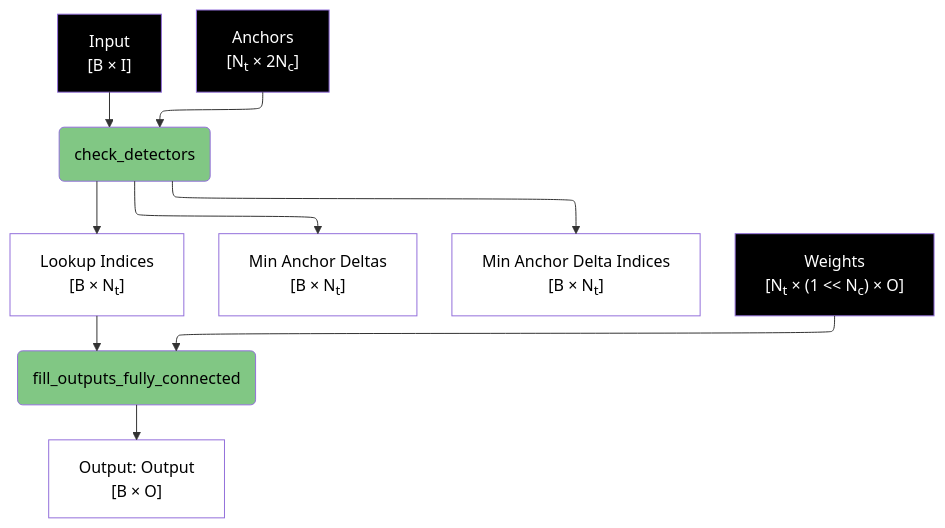
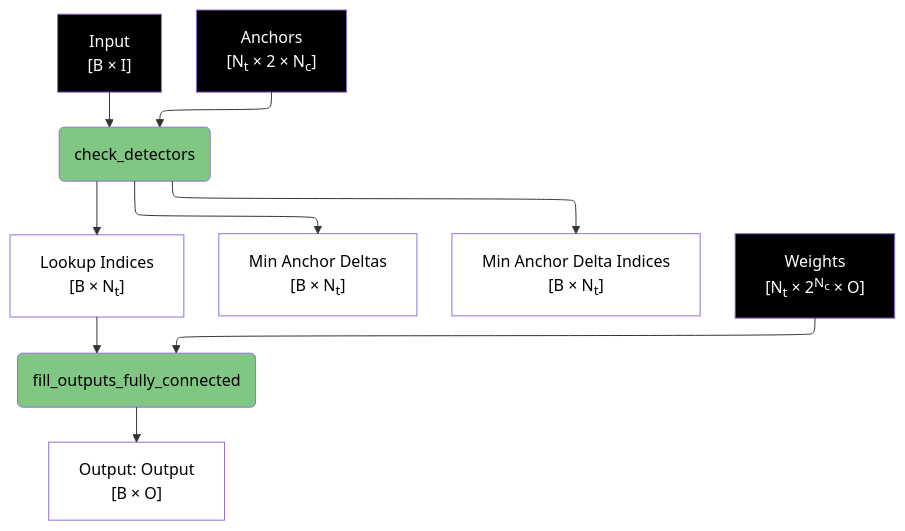
Before and after one commit to anatoli-starostin/spiky: the first of 8 diagrams in spiky_cuda/lut/doc/LUT_RUNTIME_DATA_FLOW.md, drawn with Mermaid. The commit also changed other lines of this file and 8 other files, not shown here.

````diff
--- a/spiky_cuda/lut/doc/LUT_RUNTIME_DATA_FLOW.md
+++ b/spiky_cuda/lut/doc/LUT_RUNTIME_DATA_FLOW.md
@@ -22,25 +17,25 @@
 ```mermaid
 %%{init: { "flowchart": { "defaultRenderer": "elk" } }}%%
 flowchart TD
     A["Input<br/>[B × I]"] --> B(check_detectors)
-    D1["Anchors<br/>[N<sub>t</sub> × 2N<sub>c</sub>]"] --> B
+    D1["Anchors<br/>[N<sub>t</sub> × 2 × N<sub>c</sub>]"] --> B
     
     B --> C["Lookup Indices<br/>[B × N<sub>t</sub>]"]
     B --> D["Min Anchor Deltas<br/>[B × N<sub>t</sub>]"]
     B --> E["Min Anchor Delta Indices<br/>[B × N<sub>t</sub>]"]
     
-    W1["Weights<br/>[N<sub>t</sub> × (1 << N<sub>c</sub>) × O]"] --> F(fill_outputs_fully_connected)
+    W1["Weights<br/>[N<sub>t</sub> × 2<sup>N<sub>c</sub></sup> × O]"] --> F(fill_outputs_fully_connected)
     C --> F
     
     F --> G["Output: Output<br/>[B × O]"]
     
     style B fill:#81c784,color:#000000
     style F fill:#81c784,color:#000000
     style C fill:#ffffff,color:#000000
     style D fill:#ffffff,color:#000000
     style E fill:#ffffff,color:#000000
     style G fill:#ffffff,color:#000000
     style A fill:#000000,color:#ffffff
     style D1 fill:#000000,color:#ffffff
     style W1 fill:#000000,color:#ffffff
 ```
````
